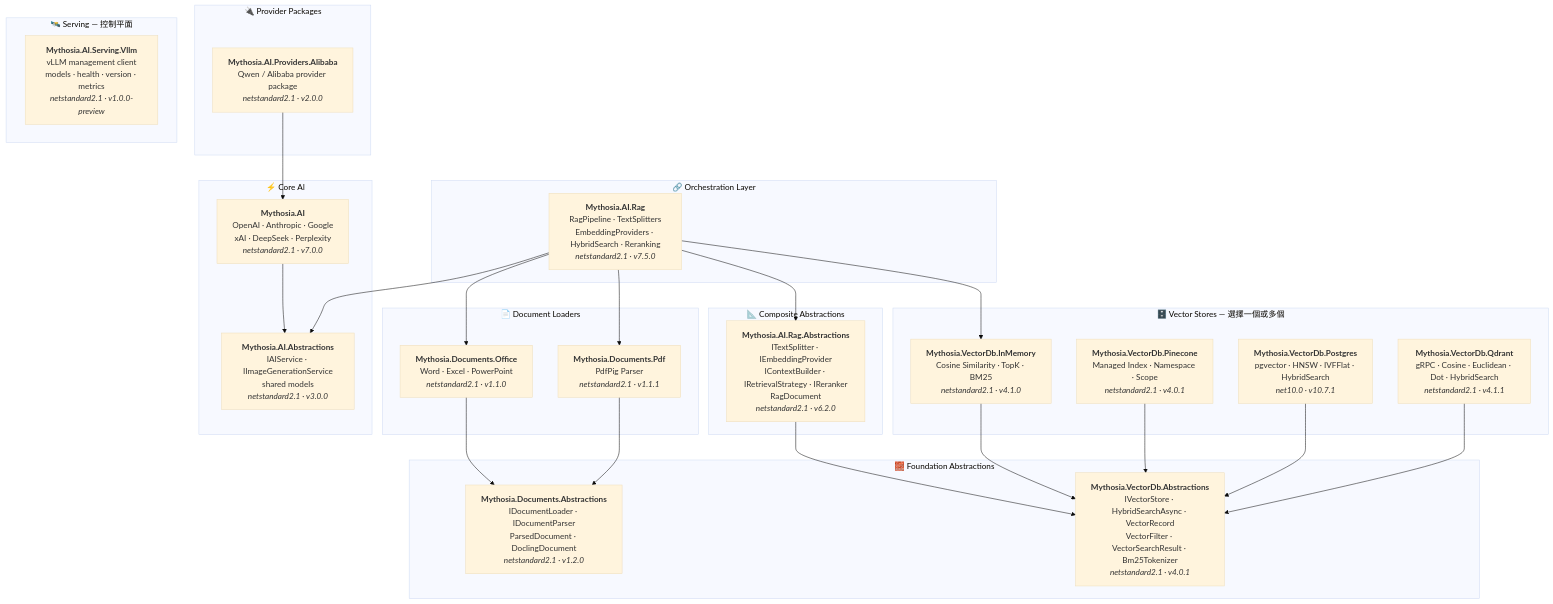
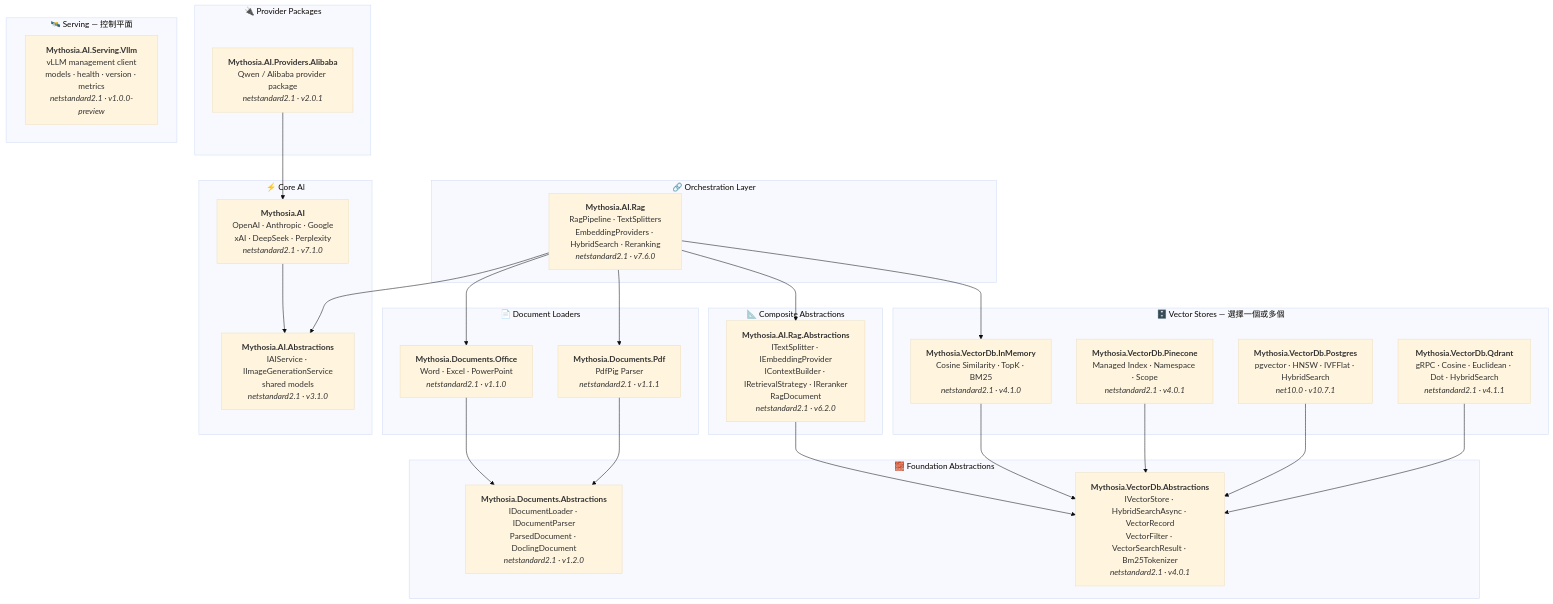
The diagram in docs/zh-Hant/README.md (AJ-comp/Mythosia.AI), drawn with Mermaid (base theme) before and after one commit. The commit also changed other lines of this file and 298 other files, not shown here.

First line of the commit message:
feat: add controllable runs and provider-neutral reasoning and search

````diff
--- a/docs/zh-Hant/README.md
+++ b/docs/zh-Hant/README.md
@@ -48,66 +52,66 @@
 ```mermaid
 graph TD
     subgraph "🔗 Orchestration Layer"
-        Rag["<b>Mythosia.AI.Rag</b><br/>RagPipeline · TextSplitters<br/>EmbeddingProviders · HybridSearch · Reranking<br/><i>netstandard2.1 · v7.5.0</i>"]
+        Rag["<b>Mythosia.AI.Rag</b><br/>RagPipeline · TextSplitters<br/>EmbeddingProviders · HybridSearch · Reranking<br/><i>netstandard2.1 · v7.6.0</i>"]
     end
 
     subgraph "⚡ Core AI"
-        AI["<b>Mythosia.AI</b><br/>OpenAI · Anthropic · Google<br/>xAI · DeepSeek · Perplexity<br/><i>netstandard2.1 · v7.0.0</i>"]
-        AIAbs["<b>Mythosia.AI.Abstractions</b><br/>IAIService · IImageGenerationService<br/>shared models<br/><i>netstandard2.1 · v3.0.0</i>"]
+        AI["<b>Mythosia.AI</b><br/>OpenAI · Anthropic · Google<br/>xAI · DeepSeek · Perplexity<br/><i>netstandard2.1 · v7.1.0</i>"]
+        AIAbs["<b>Mythosia.AI.Abstractions</b><br/>IAIService · IImageGenerationService<br/>shared models<br/><i>netstandard2.1 · v3.1.0</i>"]
     end
 
     subgraph "🔌 Provider Packages"
-        Alibaba["<b>Mythosia.AI.Providers.Alibaba</b><br/>Qwen / Alibaba provider package<br/><i>netstandard2.1 · v2.0.0</i>"]
+        Alibaba["<b>Mythosia.AI.Providers.Alibaba</b><br/>Qwen / Alibaba provider package<br/><i>netstandard2.1 · v2.0.1</i>"]
     end
 
     subgraph "🛰️ Serving — 控制平面"
         VllmServing["<b>Mythosia.AI.Serving.Vllm</b><br/>vLLM management client<br/>models · health · version · metrics<br/><i>netstandard2.1 · v1.0.0-preview</i>"]
     end
 
     subgraph "📄 Document Loaders"
         Office["<b>Mythosia.Documents.Office</b><br/>Word · Excel · PowerPoint<br/><i>netstandard2.1 · v1.1.0</i>"]
         Pdf["<b>Mythosia.Documents.Pdf</b><br/>PdfPig Parser<br/><i>netstandard2.1 · v1.1.1</i>"]
     end
 
     subgraph "📐 Composite Abstractions"
         RagAbs["<b>Mythosia.AI.Rag.Abstractions</b><br/>ITextSplitter · IEmbeddingProvider<br/>IContextBuilder · IRetrievalStrategy · IReranker<br/>RagDocument<br/><i>netstandard2.1 · v6.2.0</i>"]
     end
 
     subgraph "🗄️ Vector Stores — 選擇一個或多個"
         InMem["<b>Mythosia.VectorDb.InMemory</b><br/>Cosine Similarity · TopK · BM25<br/><i>netstandard2.1 · v4.1.0</i>"]
         Pine["<b>Mythosia.VectorDb.Pinecone</b><br/>Managed Index · Namespace · Scope<br/><i>netstandard2.1 · v4.0.1</i>"]
         Pg["<b>Mythosia.VectorDb.Postgres</b><br/>pgvector · HNSW · IVFFlat · HybridSearch<br/><i>net10.0 · v10.7.1</i>"]
         Qd["<b>Mythosia.VectorDb.Qdrant</b><br/>gRPC · Cosine · Euclidean · Dot · HybridSearch<br/><i>netstandard2.1 · v4.1.1</i>"]
     end
 
     subgraph "🧱 Foundation Abstractions"
         LoaderAbs["<b>Mythosia.Documents.Abstractions</b><br/>IDocumentLoader · IDocumentParser<br/>ParsedDocument · DoclingDocument<br/><i>netstandard2.1 · v1.2.0</i>"]
         VdbAbs["<b>Mythosia.VectorDb.Abstractions</b><br/>IVectorStore · HybridSearchAsync · VectorRecord<br/>VectorFilter · VectorSearchResult · Bm25Tokenizer<br/><i>netstandard2.1 · v4.0.1</i>"]
     end
 
     %% Core AI internal
     AI --> AIAbs
 
     %% Orchestration → dependencies
     Rag --> AIAbs
     Rag --> Office
     Rag --> Pdf
     Rag --> RagAbs
     Rag --> InMem
 
     %% Provider packages → core
     Alibaba --> AI
 
     %% Composite → Foundation
     RagAbs --> VdbAbs
 
     %% Loaders → Foundation
     Office --> LoaderAbs
     Pdf --> LoaderAbs
 
     %% VectorStores → Foundation
     InMem --> VdbAbs
     Pine --> VdbAbs
     Pg --> VdbAbs
     Qd --> VdbAbs
 ```
````
